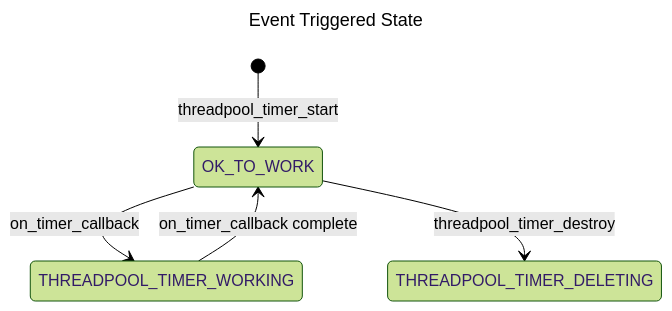
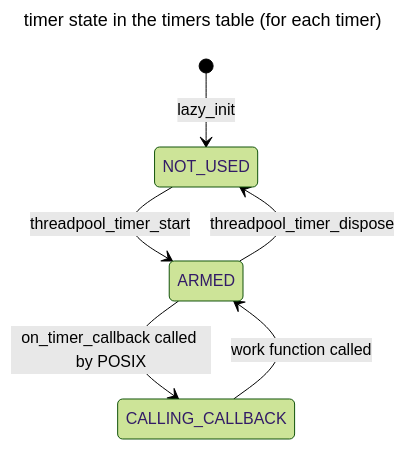
One commit to Azure/c-pal changed the second of 2 diagrams in linux/devdoc/threadpool_linux_requirements.md. Above: the diagram before and after it, drawn with Mermaid (forest theme). The commit also changed other lines of this file and 3 other files, not shown here.

````diff
--- a/linux/devdoc/threadpool_linux_requirements.md
+++ b/linux/devdoc/threadpool_linux_requirements.md
@@ -50,10 +56,11 @@
 ```mermaid
 ---
-title: Event Triggered State
+title: timer state in the timers table (for each timer)
 ---
 stateDiagram-v2
-    [*] --> OK_TO_WORK: threadpool_timer_start
-    OK_TO_WORK --> THREADPOOL_TIMER_WORKING : on_timer_callback
-    THREADPOOL_TIMER_WORKING --> OK_TO_WORK : on_timer_callback complete
-    OK_TO_WORK --> THREADPOOL_TIMER_DELETING : threadpool_timer_destroy
+    [*] --> NOT_USED: lazy_init
+    NOT_USED --> ARMED : threadpool_timer_start
+    ARMED --> NOT_USED : threadpool_timer_dispose
+    ARMED --> CALLING_CALLBACK : on_timer_callback called by POSIX
+    CALLING_CALLBACK --> ARMED : work function called
 ```
````
